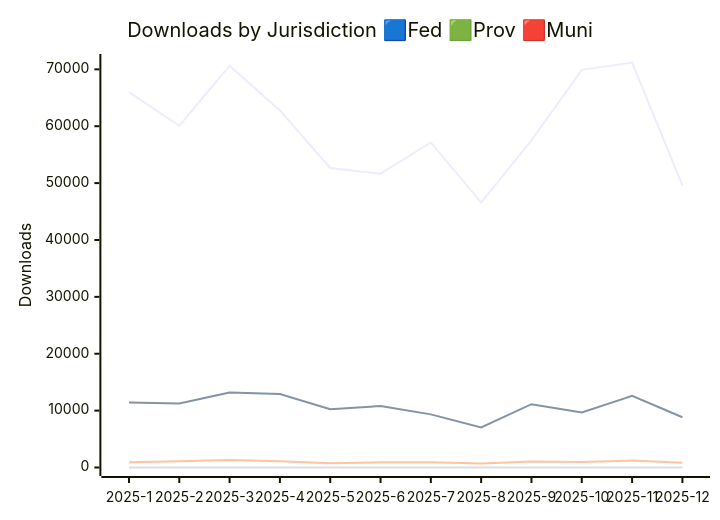
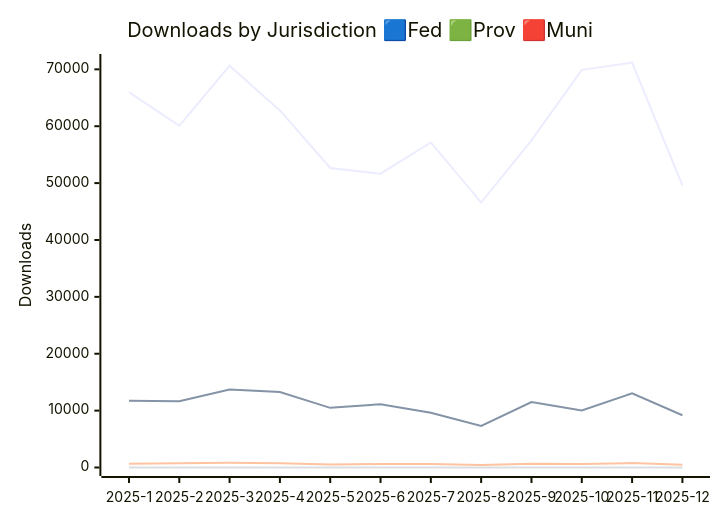
One commit to open-data/analytics-corporate-reporting changed the first of 3 diagrams in JURISDICTION_ANALYTICS_REPORT/readme.md. Above: the diagram before and after it, drawn with Mermaid. The commit also changed other lines of this file and 3 other files, not shown here.

````diff
--- a/JURISDICTION_ANALYTICS_REPORT/readme.md
+++ b/JURISDICTION_ANALYTICS_REPORT/readme.md
@@ -13,11 +13,11 @@
 ```mermaid
 
 xychart-beta
     title "Downloads by Jurisdiction 🟦Fed 🟩Prov 🟥Muni"
     x-axis [2025-1, 2025-2, 2025-3, 2025-4, 2025-5, 2025-6, 2025-7, 2025-8, 2025-9, 2025-10, 2025-11, 2025-12]
     y-axis "Downloads" 0 --> 71202
     line [66000, 60078, 70649, 62779, 52667, 51662, 57147, 46584, 57516, 69913, 71192, 49607]
-    line [11421, 11263, 13185, 12922, 10241, 10812, 9341, 7057, 11129, 9681, 12593, 8833]
-    line [944, 1116, 1337, 1118, 765, 915, 902, 710, 1047, 958, 1223, 849]
+    line [11715, 11633, 13702, 13275, 10489, 11120, 9627, 7314, 11519, 10033, 13038, 9180]
+    line [650, 748, 820, 765, 517, 607, 616, 456, 657, 606, 777, 503]
     line [0, 0, 0, 0, 0, 0, 0, 0, 0, 3, 2, 17]
 ```
````
